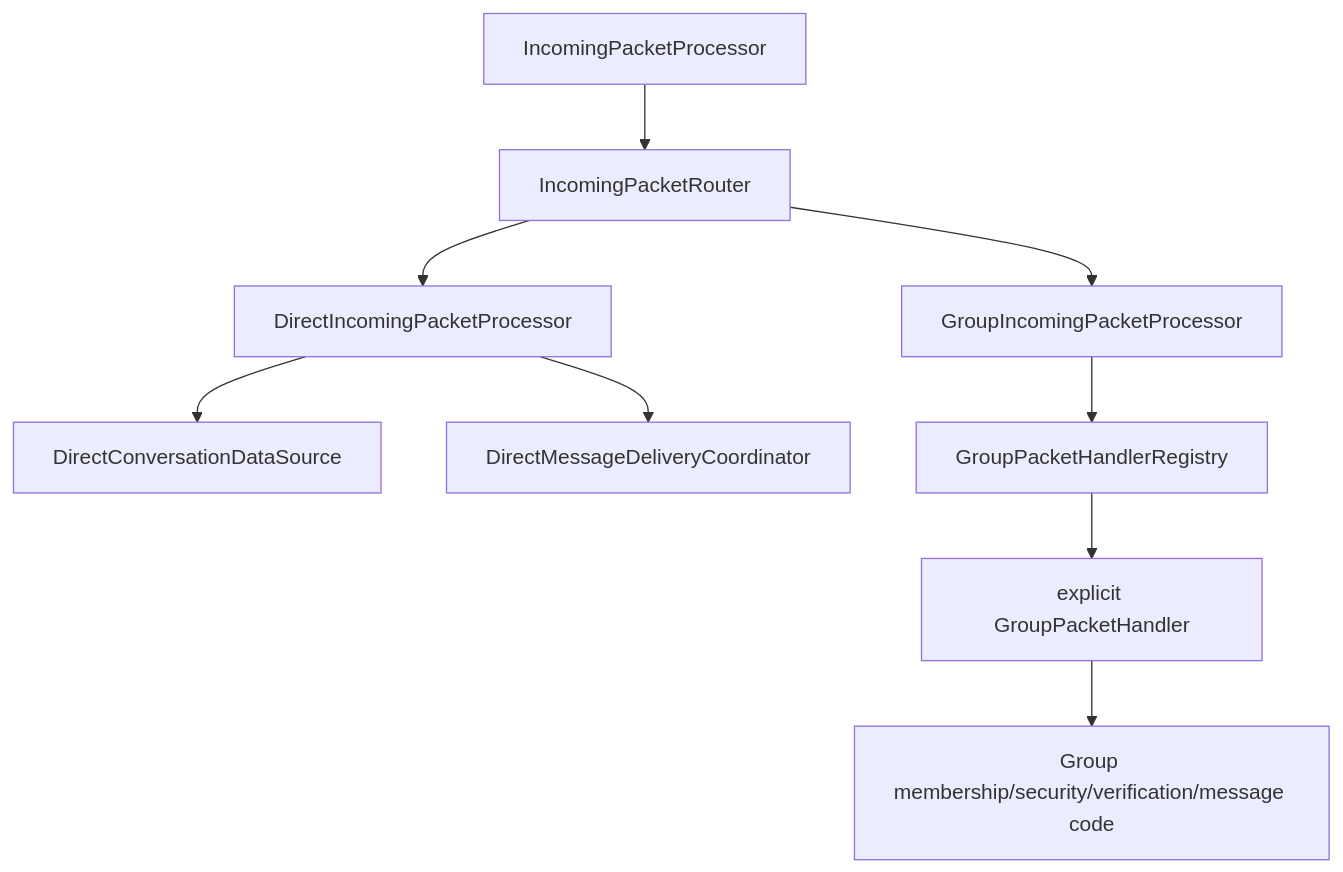
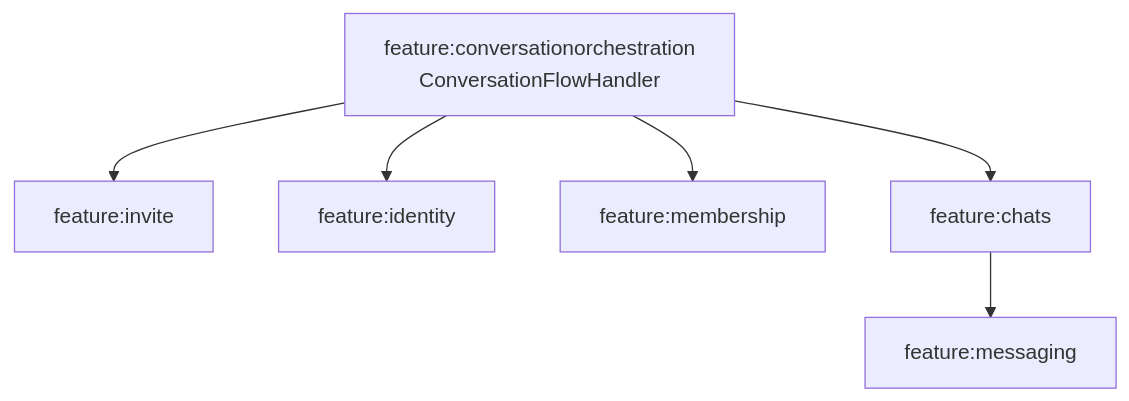
The diagram in docs/architecture/chats.md (cbgm/Sparrow), drawn with Mermaid before and after one commit. The commit also changed other lines of this file and 66 other files, not shown here.

````diff
--- a/docs/architecture/chats.md
+++ b/docs/architecture/chats.md
@@ -9,14 +7,15 @@
 ```mermaid
 flowchart TB
-    IN[IncomingPacketProcessor] --> ROUTER[IncomingPacketRouter]
+    ORCH[feature:conversationorchestration\nConversationFlowHandler]
+    INV[feature:invite]
+    ID[feature:identity]
+    MEM[feature:membership]
+    CHAT[feature:chats]
+    MSG[feature:messaging]
 
-    ROUTER --> DIRECT[DirectIncomingPacketProcessor]
-    ROUTER --> GROUP[GroupIncomingPacketProcessor]
-
-    DIRECT --> DSTORE[DirectConversationDataSource]
-    DIRECT --> DDEL[DirectMessageDeliveryCoordinator]
-
-    GROUP --> REG[GroupPacketHandlerRegistry]
-    REG --> GH[explicit GroupPacketHandler]
-    GH --> GMEM[Group membership/security/verification/message code]
+    ORCH --> INV
+    ORCH --> ID
+    ORCH --> MEM
+    ORCH --> CHAT
+    CHAT --> MSG
 ```
````
